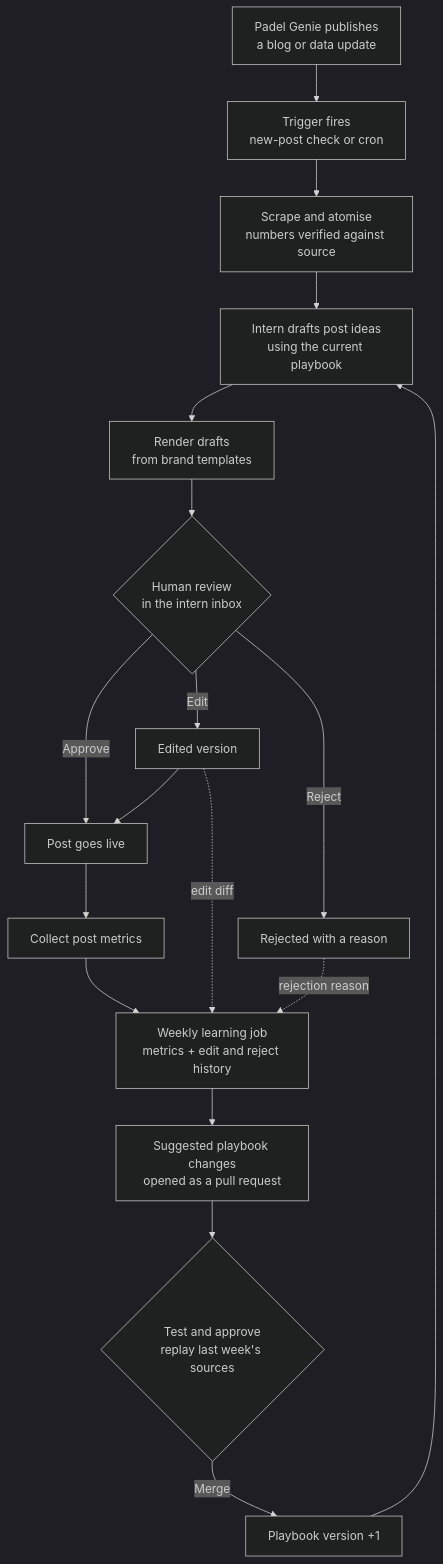
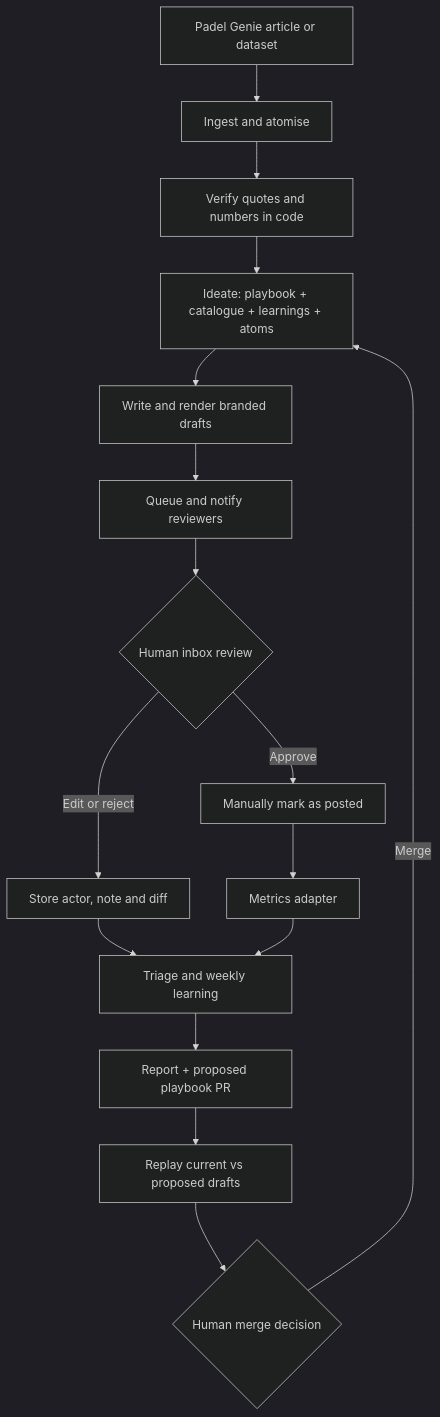
One commit to thoomkuzhymatthew/padel-genie-content changed the diagram in README.md. Above: the diagram before and after it, drawn with Mermaid (dark theme). The commit also changed other lines of this file and 21 other files, not shown here.

````diff
--- a/README.md
+++ b/README.md
@@ -112,20 +15,18 @@
 ```mermaid
 flowchart TD
-    A[Padel Genie publishes<br/>a blog or data update] --> B[Trigger fires<br/>new-post check or cron]
-    B --> C[Scrape and atomise<br/>numbers verified against source]
-    C --> D[Intern drafts post ideas<br/>using the current playbook]
-    D --> E[Render drafts<br/>from brand templates]
-    E --> F{Human review<br/>in the intern inbox}
-    F -->|Approve| G[Post goes live]
-    F -->|Edit| H[Edited version]
-    H --> G
-    F -->|Reject| I[Rejected with a reason]
-    G --> J[Collect post metrics]
-    J --> K[Weekly learning job<br/>metrics + edit and reject history]
-    H -. edit diff .-> K
-    I -. rejection reason .-> K
-    K --> L[Suggested playbook changes<br/>opened as a pull request]
-    L --> M{Test and approve<br/>replay last week's sources}
-    M -->|Merge| N[Playbook version +1]
-    N --> D
+    A[Padel Genie article or dataset] --> B[Ingest and atomise]
+    B --> C[Verify quotes and numbers in code]
+    C --> D[Ideate: playbook + catalogue + learnings + atoms]
+    D --> E[Write and render branded drafts]
+    E --> F[Queue and notify reviewers]
+    F --> G{Human inbox review}
+    G -->|Approve| H[Manually mark as posted]
+    G -->|Edit or reject| I[Store actor, note and diff]
+    H --> J[Metrics adapter]
+    I --> K[Triage and weekly learning]
+    J --> K
+    K --> L[Report + proposed playbook PR]
+    L --> M[Replay current vs proposed drafts]
+    M --> N{Human merge decision}
+    N -->|Merge| D
 ```
````
